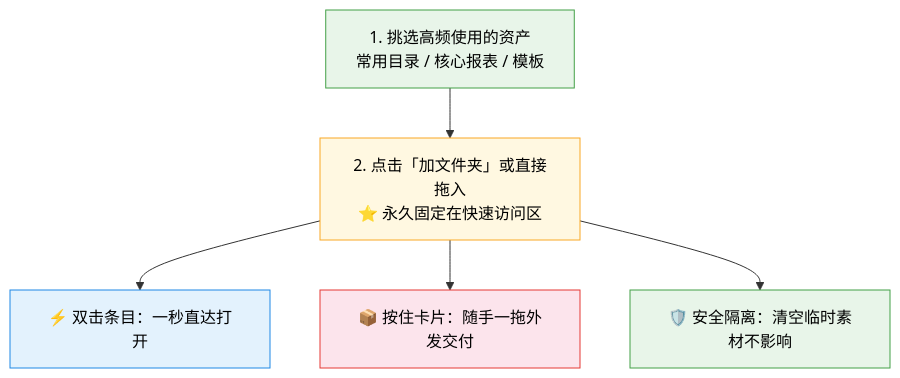
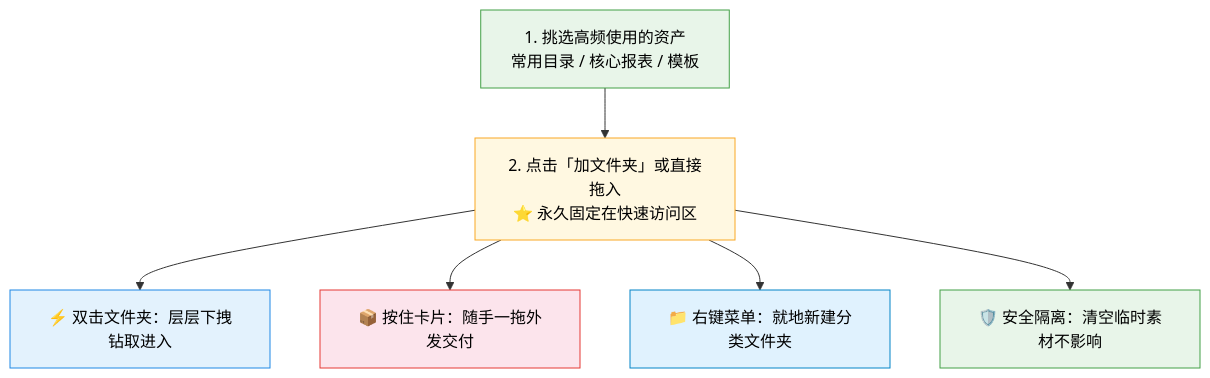
The third of 8 diagrams in README.md (CatBoss-Paw/EasyClipboard), drawn with Mermaid before and after one commit. The commit also changed other lines of this file and 4 other files, not shown here.

````diff
--- a/README.md
+++ b/README.md
@@ -101,13 +101,15 @@
 ```mermaid
 graph TD
     A["1. 挑选高频使用的资产<br/>常用目录 / 核心报表 / 模板"] --> B["2. 点击「加文件夹」或直接拖入<br/>⭐ 永久固定在快速访问区"]
-    B --> C1["⚡ 双击条目：一秒直达打开"]
+    B --> C1["⚡ 双击文件夹：层层下拽钻取进入"]
     B --> C2["📦 按住卡片：随手一拖外发交付"]
-    B --> C3["🛡️ 安全隔离：清空临时素材不影响"]
+    B --> C3["📁 右键菜单：就地新建分类文件夹"]
+    B --> C4["🛡️ 安全隔离：清空临时素材不影响"]
 
     style A fill:#e8f5e9,stroke:#43a047,color:#000
     style B fill:#fff8e1,stroke:#f9a825,color:#000
     style C1 fill:#e3f2fd,stroke:#1e88e5,color:#000
     style C2 fill:#fce4ec,stroke:#e53935,color:#000
-    style C3 fill:#e8f5e9,stroke:#43a047,color:#000
+    style C3 fill:#e0f2fe,stroke:#0284c7,color:#000
+    style C4 fill:#e8f5e9,stroke:#43a047,color:#000
 ```
````
